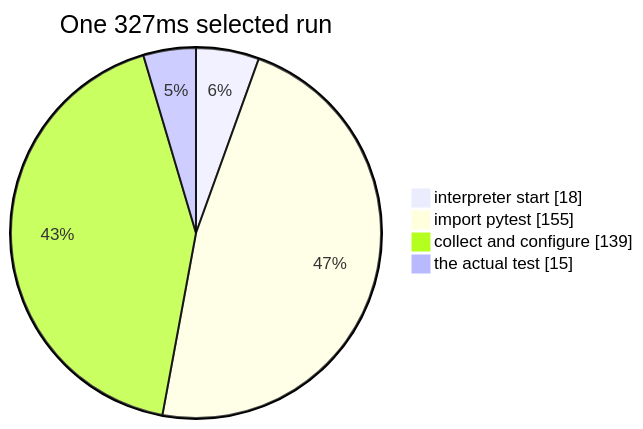
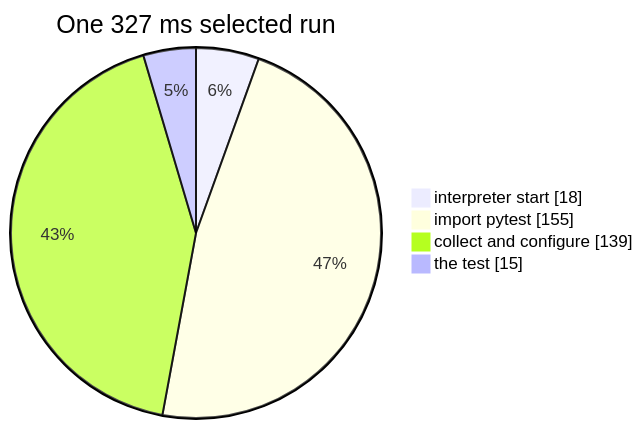
Before and after one commit to kvandeh/Angelo: the diagram in docs/05-benchmarks.md, drawn with Mermaid. The commit also changed other lines of this file and 19 other files, not shown here.

````diff
--- a/docs/05-benchmarks.md
+++ b/docs/05-benchmarks.md
@@ -37,8 +38,8 @@
 ```mermaid
 pie showData
-    title One 327ms selected run
+    title One 327 ms selected run
     "interpreter start" : 18
     "import pytest" : 155
     "collect and configure" : 139
-    "the actual test" : 15
+    "the test" : 15
 ```
````
